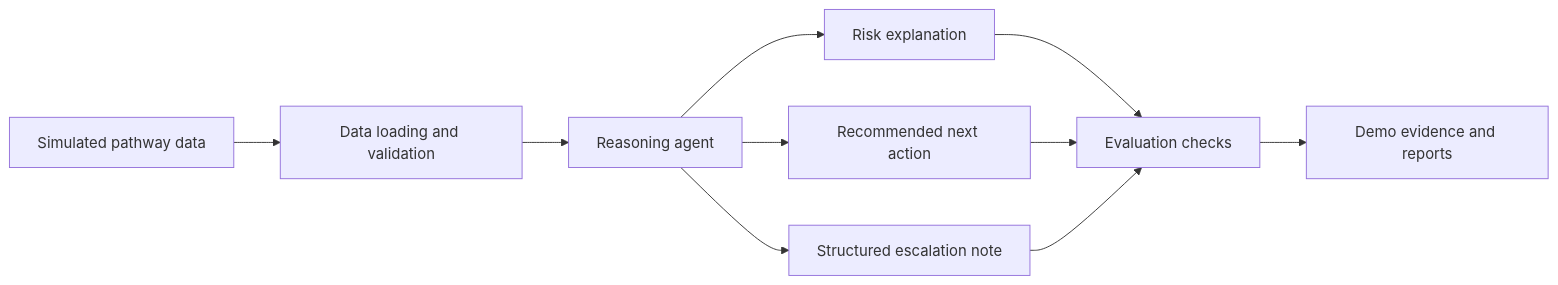
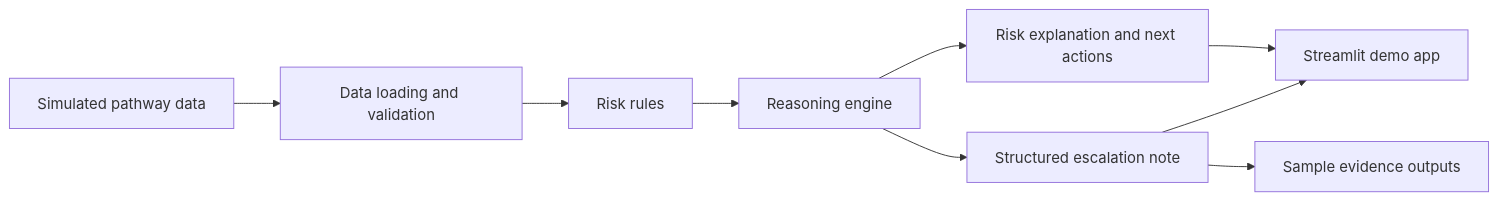
One commit to Ibraheemolasupogit/azure-healthcare-pathway-reasoning-agent changed the diagram in docs/architecture/high_level_architecture.md. Above: the diagram before and after it, drawn with Mermaid. The commit also changed other lines of this file and 5 other files, not shown here.

Commit message:
Add hackathon architecture and submission documentation

````diff
--- a/docs/architecture/high_level_architecture.md
+++ b/docs/architecture/high_level_architecture.md
@@ -17,12 +17,11 @@
 ```mermaid
 flowchart LR
     A["Simulated pathway data"] --> B["Data loading and validation"]
-    B --> C["Reasoning agent"]
-    C --> D["Risk explanation"]
-    C --> E["Recommended next action"]
-    C --> F["Structured escalation note"]
-    D --> G["Evaluation checks"]
-    E --> G
+    B --> C["Risk rules"]
+    C --> D["Reasoning engine"]
+    D --> E["Risk explanation and next actions"]
+    D --> F["Structured escalation note"]
+    E --> G["Streamlit demo app"]
     F --> G
-    G --> H["Demo evidence and reports"]
+    F --> H["Sample evidence outputs"]
 ```
````
